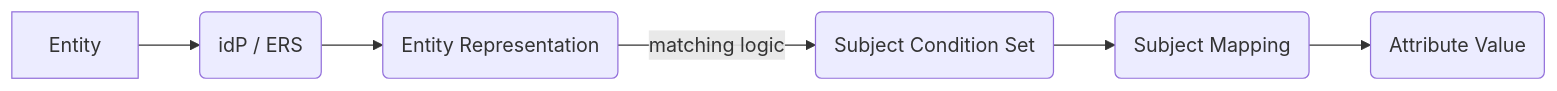
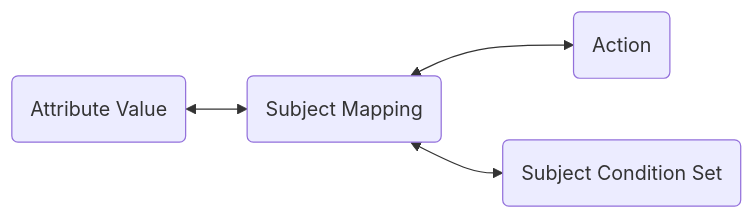
One commit to opentdf/docs changed the second of 2 diagrams in docs/components/policy/subject_mappings.md. Above: the diagram before and after it, drawn with Mermaid. The commit also changed other lines of this file and 2 other files, not shown here.

````diff
--- a/docs/components/policy/subject_mappings.md
+++ b/docs/components/policy/subject_mappings.md
@@ -69,8 +25,6 @@
 ```mermaid
 graph LR;
-Entity-->a(idP / ERS);
-a(idP / ERS)-->b(Entity Representation);
-b(Entity Representation)-- matching logic -->c(Subject Condition Set);
-c(Subject Condition Set)-->d(Subject Mapping);
-d(Subject Mapping)-->e(Attribute Value);
+A(Attribute Value)<--> B(Subject Mapping);
+B(Subject Mapping)<--> D(Action);
+B(Subject Mapping)<--> C(Subject Condition Set);
 ```
````
